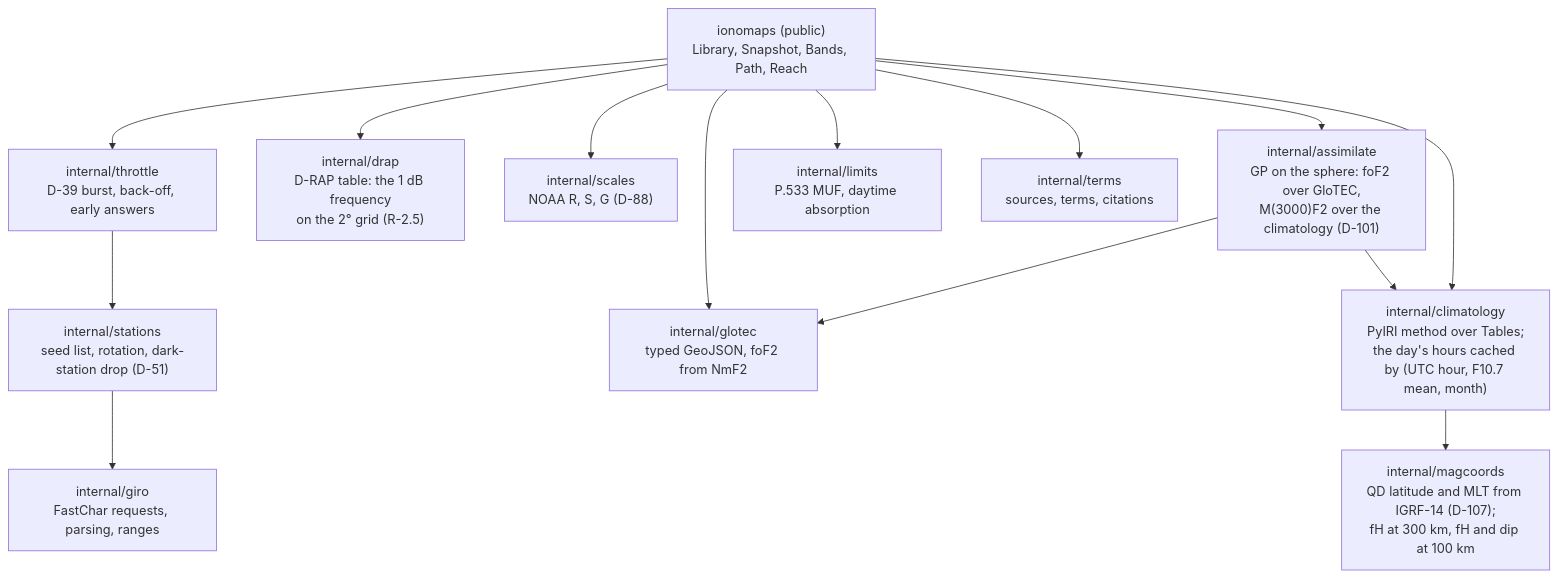
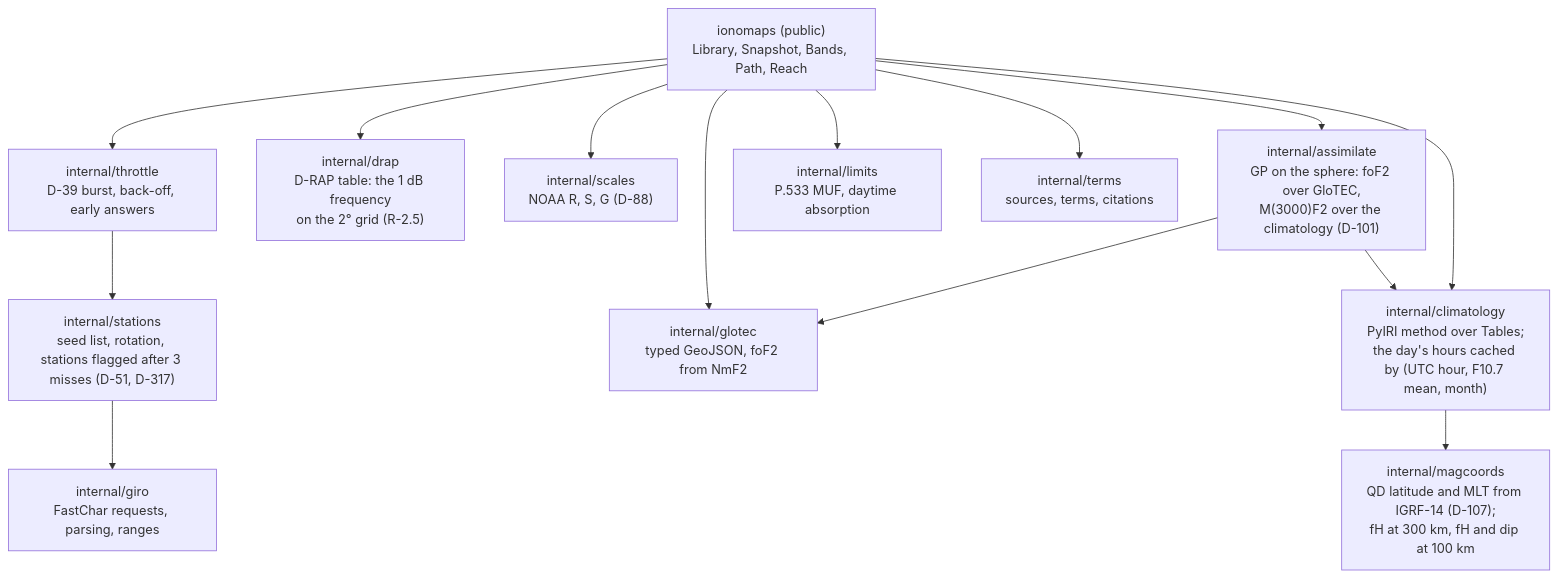
One commit to branden-thompson/go-ionomaps changed the diagram in 06_docs/02_features/go-ionomaps/03-architecture-design/design.md. Above: the diagram before and after it, drawn with Mermaid. The commit also changed other lines of this file and 19 other files, not shown here.

````diff
--- a/06_docs/02_features/go-ionomaps/03-architecture-design/design.md
+++ b/06_docs/02_features/go-ionomaps/03-architecture-design/design.md
@@ -21,26 +21,26 @@
 ```mermaid
 flowchart TB
   API["ionomaps (public)<br/>Library, Snapshot, Bands, Path, Reach"]
   THR["internal/throttle<br/>D-39 burst, back-off, early answers"]
-  ST["internal/stations<br/>seed list, rotation, dark-station drop (D-51)"]
+  ST["internal/stations<br/>seed list, rotation, stations flagged after 3 misses (D-51, D-317)"]
   GIRO["internal/giro<br/>FastChar requests, parsing, ranges"]
   GT["internal/glotec<br/>typed GeoJSON, foF2 from NmF2"]
   DR["internal/drap<br/>D-RAP table: the 1 dB frequency<br/>on the 2° grid (R-2.5)"]
   SC["internal/scales<br/>NOAA R, S, G (D-88)"]
   CL["internal/climatology<br/>PyIRI method over Tables;<br/>the day's hours cached by (UTC hour, F10.7 mean, month)"]
   MC["internal/magcoords<br/>QD latitude and MLT from IGRF-14 (D-107);<br/>fH at 300 km, fH and dip at 100 km"]
   AS["internal/assimilate<br/>GP on the sphere: foF2 over GloTEC,<br/>M(3000)F2 over the climatology (D-101)"]
   LIM["internal/limits<br/>P.533 MUF, daytime absorption"]
   TM["internal/terms<br/>sources, terms, citations"]
   API --> THR --> ST --> GIRO
   API --> GT
   API --> DR
   API --> SC
   API --> AS
   AS --> GT
   AS --> CL
   API --> LIM
   API --> CL
   CL --> MC
   API --> TM
 ```
````
